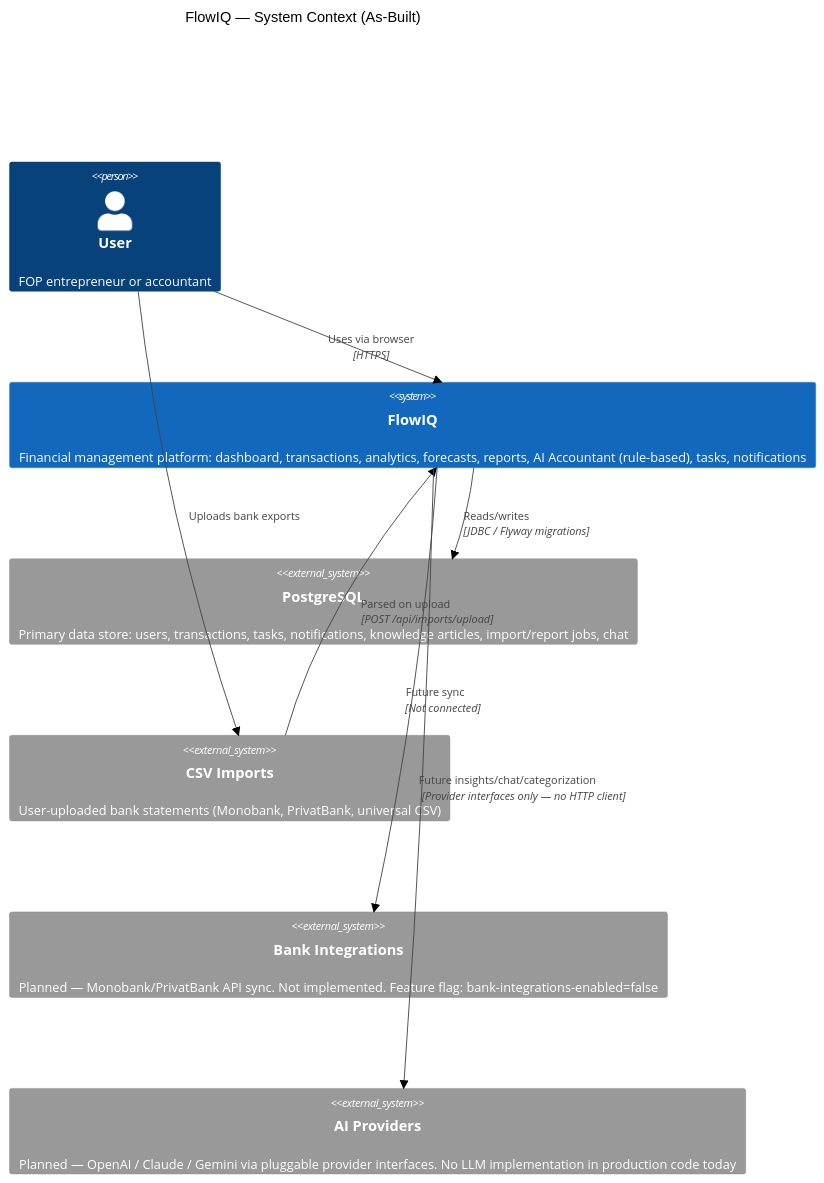
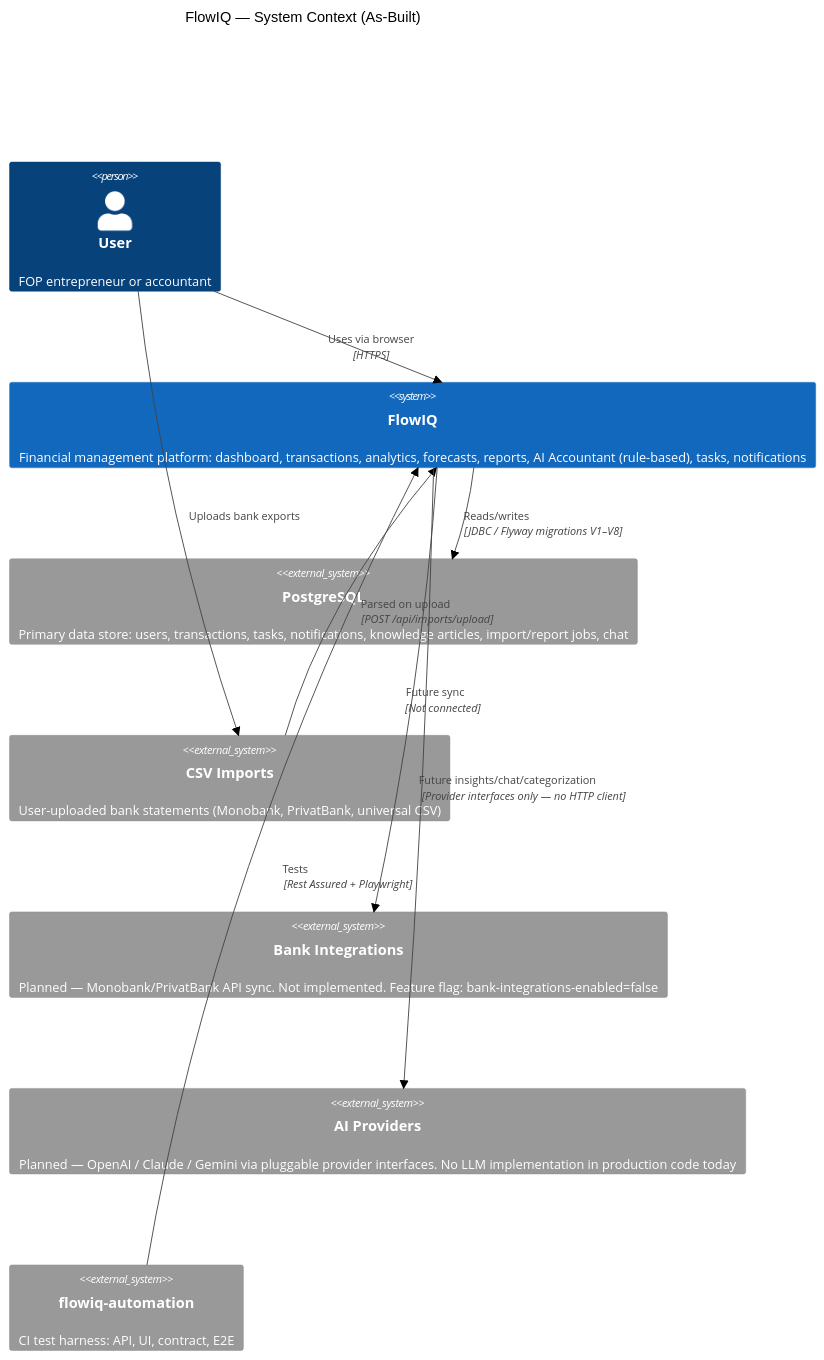
One commit to YevheniiaDem/flowiq-backend changed the diagram in docs/architecture/c4/c4-context.md. Above: the diagram before and after it, drawn with Mermaid (forest theme). The commit also changed other lines of this file and 41 other files, not shown here.

First line of the commit message:
Add product docs, architecture handbook, security audit, and prod hardening.

````diff
--- a/docs/architecture/c4/c4-context.md
+++ b/docs/architecture/c4/c4-context.md
@@ -13,23 +12,26 @@
 ```mermaid
 C4Context
     title FlowIQ — System Context (As-Built)
 
     Person(user, "User", "FOP entrepreneur or accountant")
     
     System(flowiq, "FlowIQ", "Financial management platform: dashboard, transactions, analytics, forecasts, reports, AI Accountant (rule-based), tasks, notifications")
 
     System_Ext(postgres, "PostgreSQL", "Primary data store: users, transactions, tasks, notifications, knowledge articles, import/report jobs, chat")
     
     System_Ext(csv, "CSV Imports", "User-uploaded bank statements (Monobank, PrivatBank, universal CSV)")
     
     System_Ext(banks, "Bank Integrations", "Planned — Monobank/PrivatBank API sync. Not implemented. Feature flag: bank-integrations-enabled=false")
     
     System_Ext(ai, "AI Providers", "Planned — OpenAI / Claude / Gemini via pluggable provider interfaces. No LLM implementation in production code today")
 
+    System_Ext(automation, "flowiq-automation", "CI test harness: API, UI, contract, E2E")
+
     Rel(user, flowiq, "Uses via browser", "HTTPS")
-    Rel(flowiq, postgres, "Reads/writes", "JDBC / Flyway migrations")
+    Rel(flowiq, postgres, "Reads/writes", "JDBC / Flyway migrations V1–V8")
     Rel(user, csv, "Uploads bank exports")
     Rel(csv, flowiq, "Parsed on upload", "POST /api/imports/upload")
+    Rel(automation, flowiq, "Tests", "Rest Assured + Playwright")
     Rel(flowiq, banks, "Future sync", "Not connected")
     Rel(flowiq, ai, "Future insights/chat/categorization", "Provider interfaces only — no HTTP client")
 ```
````
